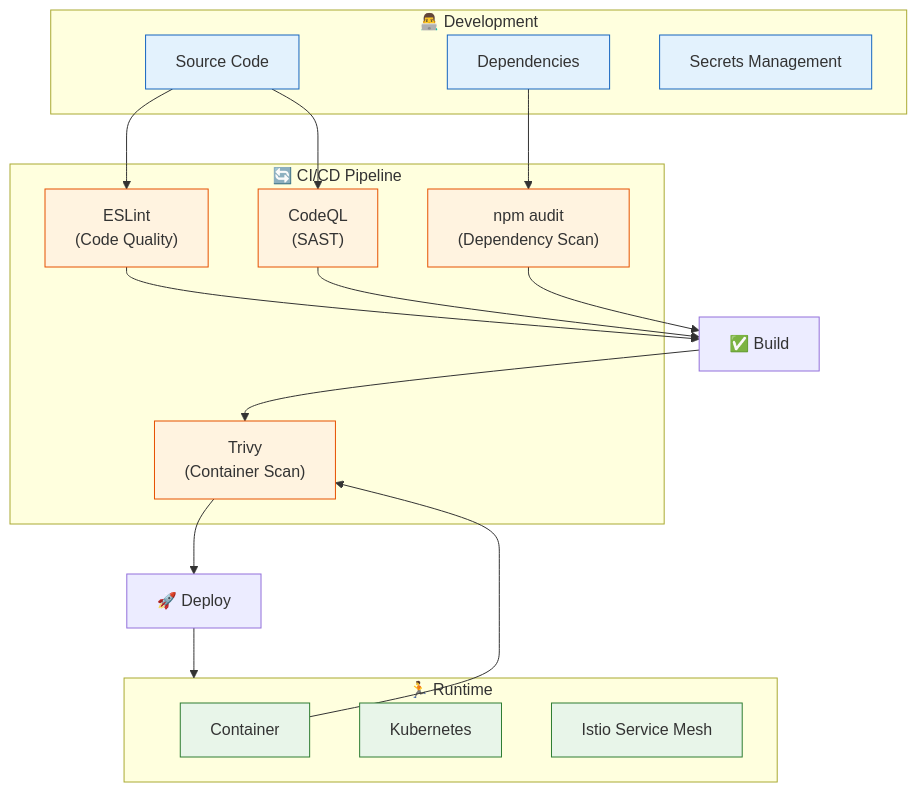
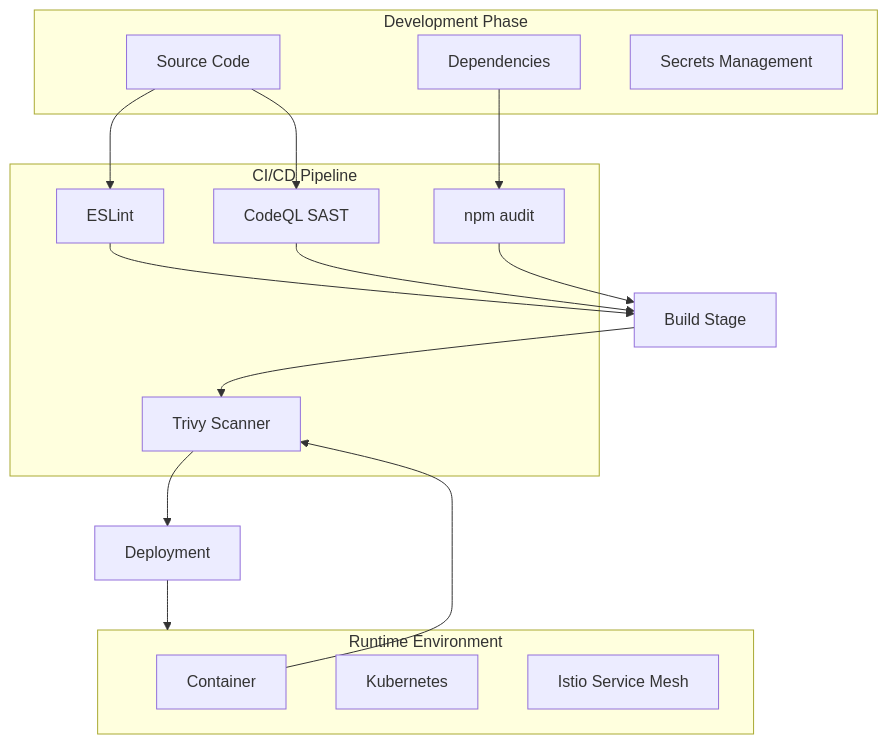
One commit to WSO2-G02/salon-booking-frontend-dev changed the first of 9 diagrams in docs/SECURITY.md. Above: the diagram before and after it, drawn with Mermaid. The commit also changed other lines of this file and 2 other files, not shown here.

````diff
--- a/docs/SECURITY.md
+++ b/docs/SECURITY.md
@@ -9,39 +11,31 @@
 ```mermaid
 flowchart TB
-    subgraph Development["👨‍💻 Development"]
+    subgraph Development["Development Phase"]
         code["Source Code"]
         deps["Dependencies"]
         secrets["Secrets Management"]
     end
 
-    subgraph Pipeline["🔄 CI/CD Pipeline"]
-        eslint["ESLint\n(Code Quality)"]
-        codeql["CodeQL\n(SAST)"]
-        npm_audit["npm audit\n(Dependency Scan)"]
-        trivy["Trivy\n(Container Scan)"]
+    subgraph Pipeline["CI/CD Pipeline"]
+        eslint["ESLint"]
+        codeql["CodeQL SAST"]
+        npm_audit["npm audit"]
+        trivy["Trivy Scanner"]
     end
 
-    subgraph Runtime["🏃 Runtime"]
+    subgraph Runtime["Runtime Environment"]
         container["Container"]
         k8s["Kubernetes"]
         istio["Istio Service Mesh"]
     end
 
     code --> eslint
     code --> codeql
     deps --> npm_audit
     container --> trivy
     
-    eslint & codeql & npm_audit --> build["✅ Build"]
+    eslint & codeql & npm_audit --> build["Build Stage"]
     build --> trivy
-    trivy --> deploy["🚀 Deploy"]
+    trivy --> deploy["Deployment"]
     deploy --> Runtime
-
-    classDef dev fill:#e3f2fd,stroke:#1565c0
-    classDef pipe fill:#fff3e0,stroke:#e65100
-    classDef run fill:#e8f5e9,stroke:#2e7d32
-
-    class code,deps,secrets dev
-    class eslint,codeql,npm_audit,trivy pipe
-    class container,k8s,istio run
 ```
````
